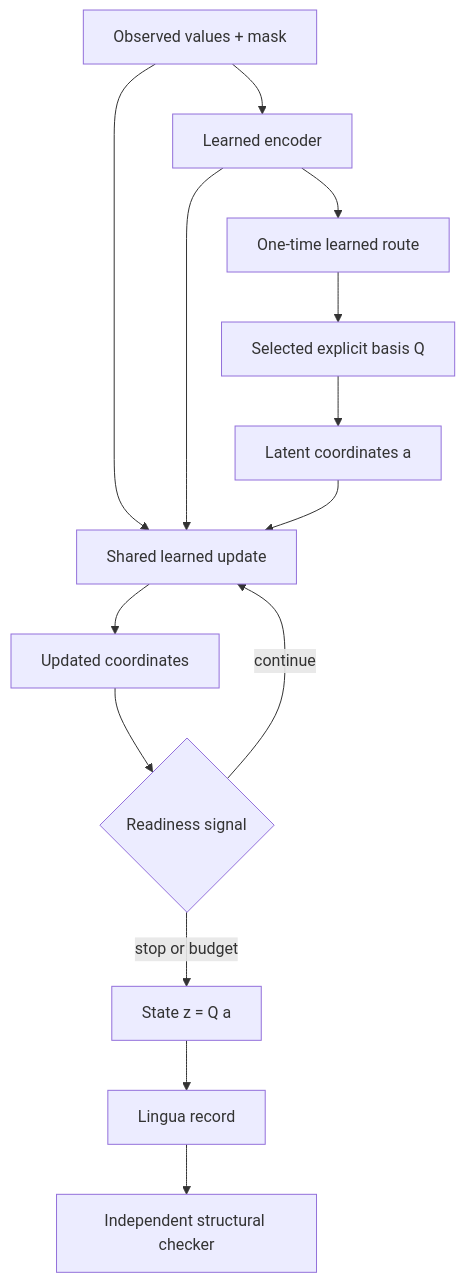
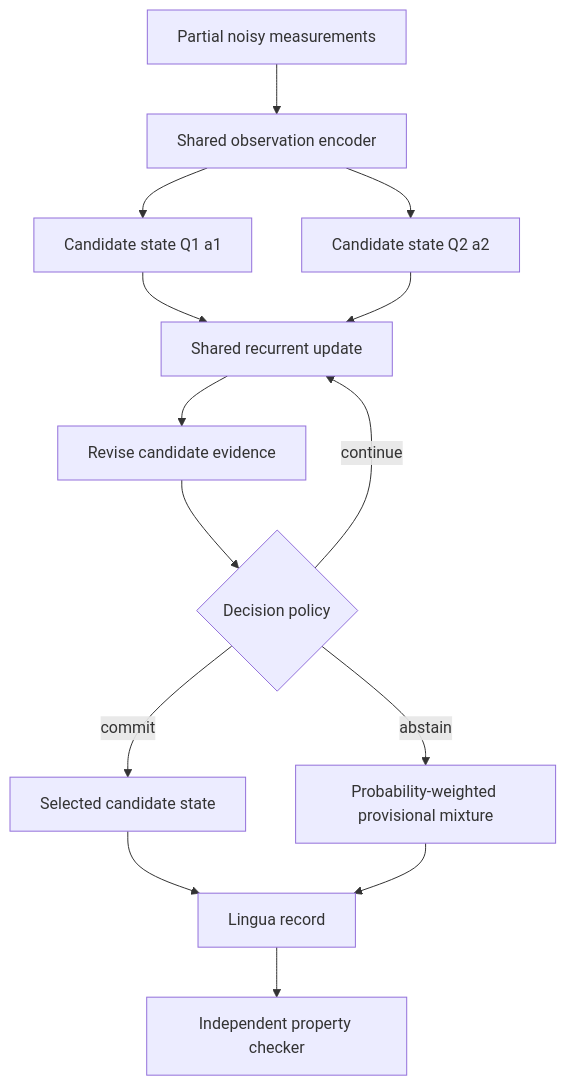
One commit to seanm27lol/universa-recurrent changed the diagram in docs/architecture.md. Above: the diagram before and after it, drawn with Mermaid. The commit also changed other lines of this file and 28 other files, not shown here.

````diff
--- a/docs/architecture.md
+++ b/docs/architecture.md
@@ -5,16 +3,16 @@
 ```mermaid
 flowchart TD
-    X[Observed values + mask] --> E[Learned encoder]
-    E --> R[One-time learned route]
-    R --> Q[Selected explicit basis Q]
-    Q --> A[Latent coordinates a]
-    X --> U[Shared learned update]
-    E --> U
-    A --> U
-    U --> A2[Updated coordinates]
-    A2 --> H{Readiness signal}
-    H -->|continue| U
-    H -->|stop or budget| Z[State z = Q a]
-    Z --> L[Lingua record]
-    L --> V[Independent structural checker]
+    M[Partial noisy measurements] --> E[Shared observation encoder]
+    E --> H1[Candidate state Q1 a1]
+    E --> H2[Candidate state Q2 a2]
+    H1 --> U[Shared recurrent update]
+    H2 --> U
+    U --> R[Revise candidate evidence]
+    R --> D{Decision policy}
+    D -->|continue| U
+    D -->|commit| C[Selected candidate state]
+    D -->|abstain| A[Probability-weighted provisional mixture]
+    C --> L[Lingua record]
+    A --> L
+    L --> V[Independent property checker]
 ```
````
